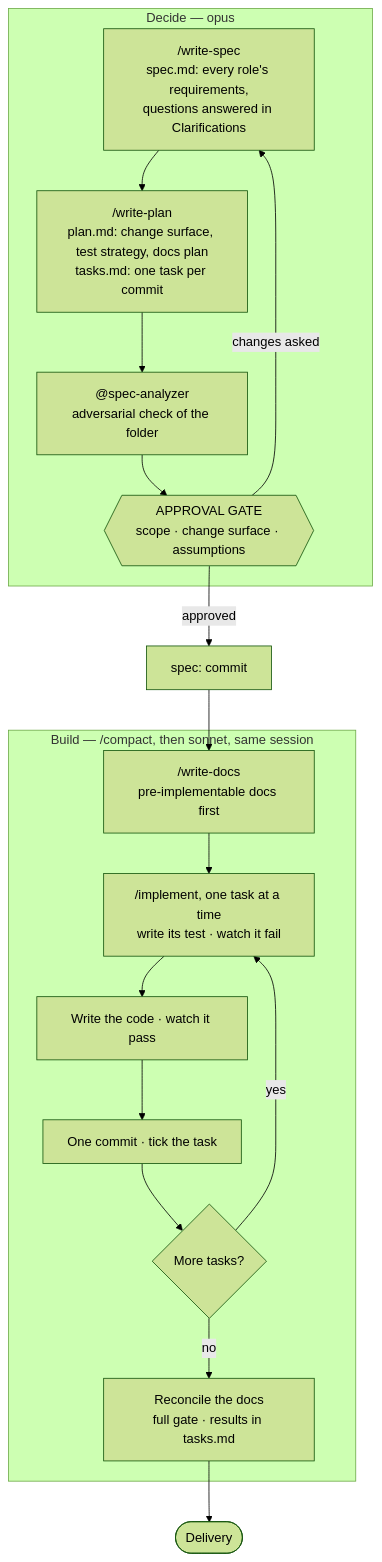
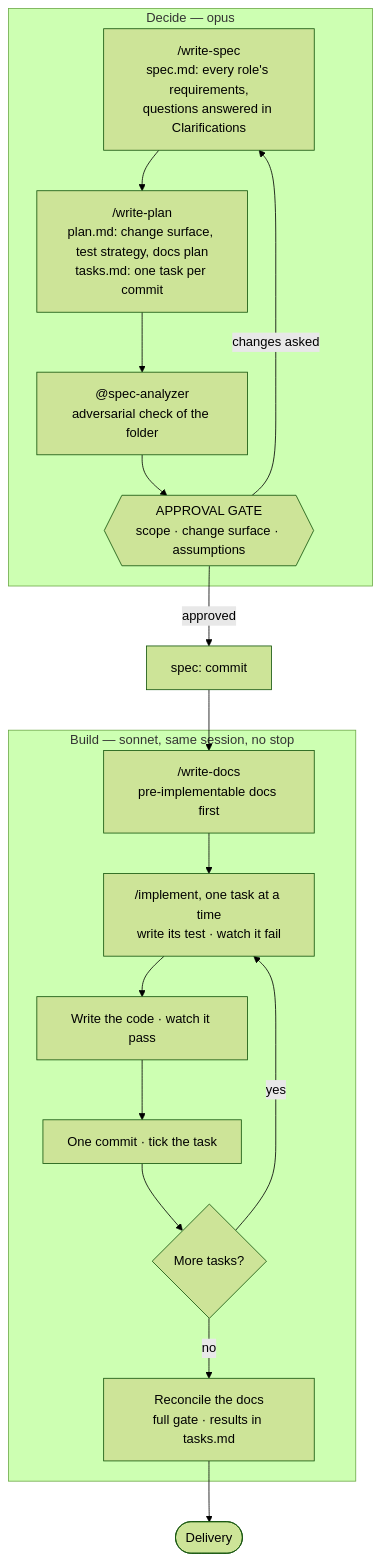
The third of 6 diagrams in README.md (Aplyca/AgenticDevelopmentFramework), drawn with Mermaid (forest theme) before and after one commit. The commit also changed other lines of this file and 18 other files, not shown here.

````diff
--- a/README.md
+++ b/README.md
@@ -304,25 +304,25 @@
 ```mermaid
 flowchart TD
     subgraph decide["Decide — opus"]
         spec["/write-spec<br/>spec.md: every role's requirements,<br/>questions answered in Clarifications"]
         plan["/write-plan<br/>plan.md: change surface, test strategy, docs plan<br/>tasks.md: one task per commit"]
         analyzer["@spec-analyzer<br/>adversarial check of the folder"]
         gate{{"APPROVAL GATE<br/>scope · change surface · assumptions"}}
         spec --> plan --> analyzer --> gate
         gate -->|changes asked| spec
     end
     gate -->|approved| speccommit["spec: commit"]
     speccommit --> docs
-    subgraph build["Build — /compact, then sonnet, same session"]
+    subgraph build["Build — sonnet, same session, no stop"]
         docs["/write-docs<br/>pre-implementable docs first"]
         writetest["/implement, one task at a time<br/>write its test · watch it fail"]
         writecode["Write the code · watch it pass"]
         taskcommit["One commit · tick the task"]
         moretasks{"More tasks?"}
         reconcile["Reconcile the docs<br/>full gate · results in tasks.md"]
         docs --> writetest --> writecode --> taskcommit --> moretasks
         moretasks -->|yes| writetest
         moretasks -->|no| reconcile
     end
     reconcile --> delivery(["Delivery"])
 ```
````
